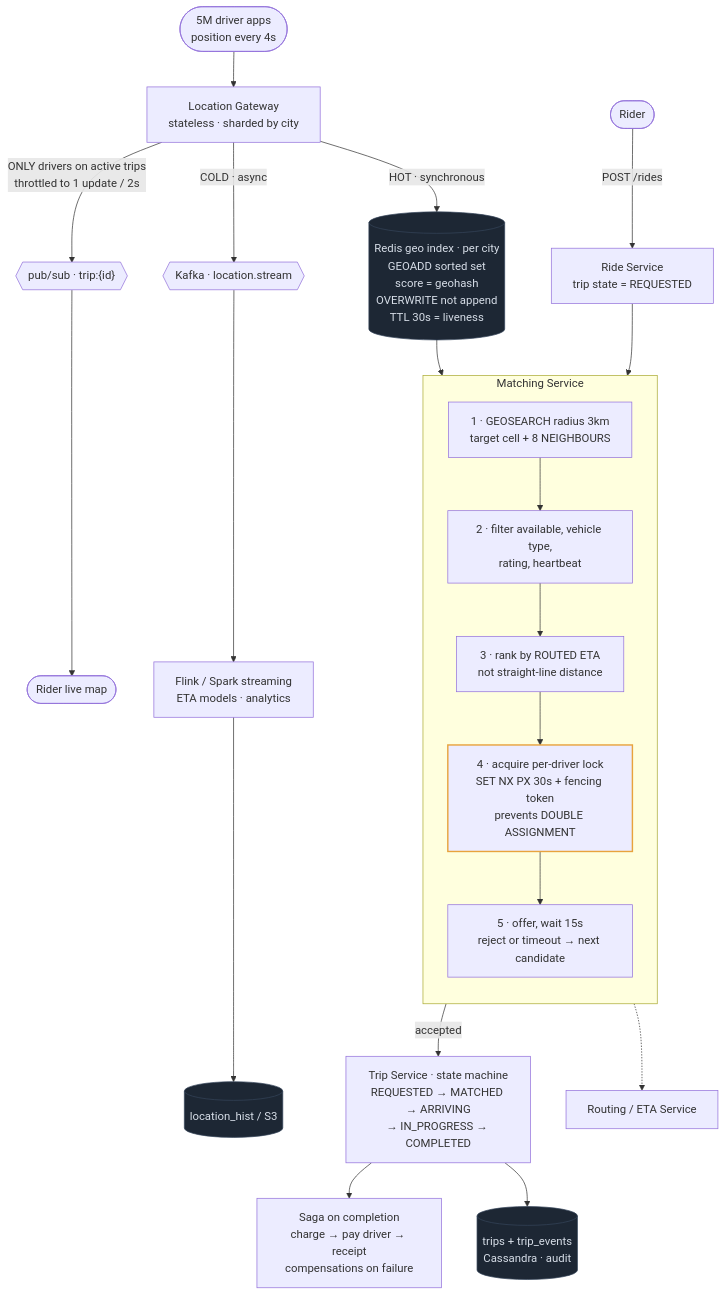
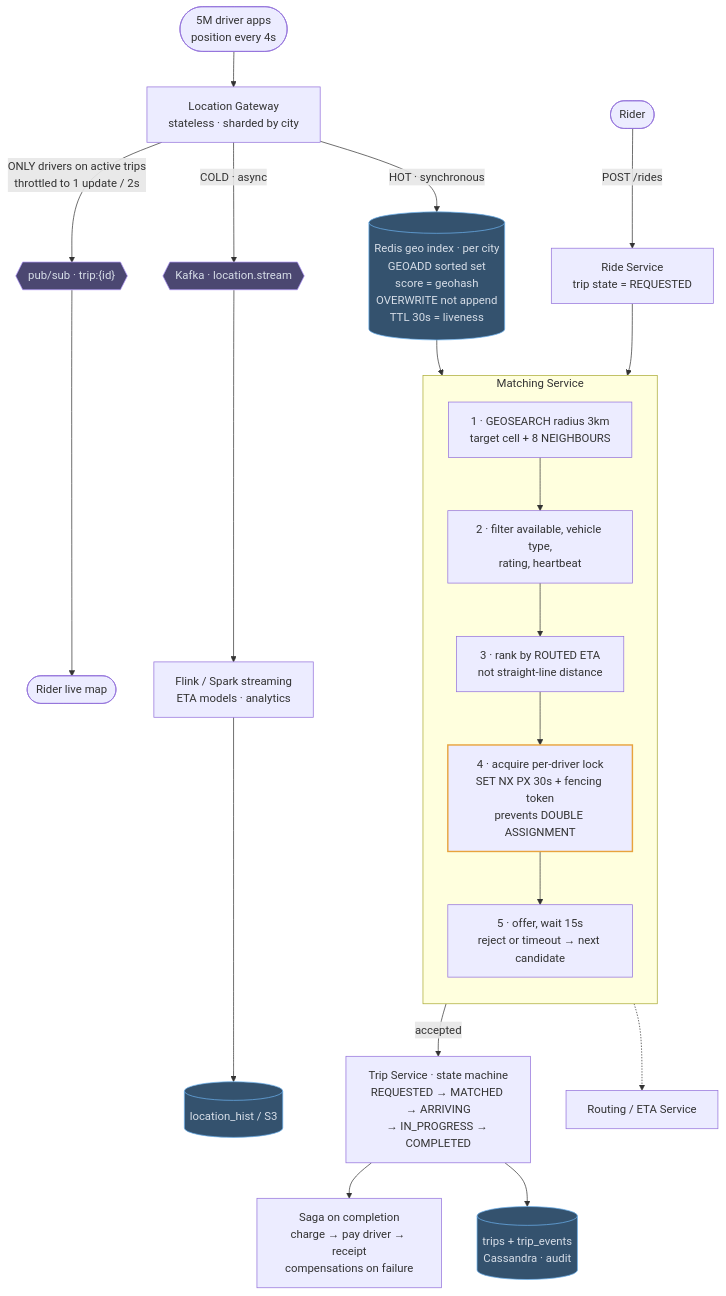
One commit to mertkahyaoglu/atlas changed the diagram in content/designs/07-uber-delivery-tracking.md. Above: the diagram before and after it, drawn with Mermaid. The commit also changed 16 other files, not shown here.

````diff
--- a/content/designs/07-uber-delivery-tracking.md
+++ b/content/designs/07-uber-delivery-tracking.md
@@ -118,48 +118,50 @@
 ```mermaid
 flowchart TB
     Drivers([5M driver apps<br/>position every 4s]) --> LocGW[Location Gateway<br/>stateless · sharded by city]
 
     LocGW -- "HOT · synchronous" --> Geo
     LocGW -- "COLD · async" --> Stream
 
     Geo[("Redis geo index · per city<br/>GEOADD sorted set<br/>score = geohash<br/>OVERWRITE not append<br/>TTL 30s = liveness")]
 
     Stream{{"Kafka · location.stream"}} --> Flink["Flink / Spark streaming<br/>ETA models · analytics"]
     Flink --> Hist[("location_hist / S3")]
 
     Rider([Rider]) -- "POST /rides" --> RideSvc[Ride Service<br/>trip state = REQUESTED]
     subgraph M ["Matching Service"]
         direction TB
         Match["1 · GEOSEARCH radius 3km<br/>target cell + 8 NEIGHBOURS"]
         FilterD["2 · filter available, vehicle type,<br/>rating, heartbeat"]
         Rank["3 · rank by ROUTED ETA<br/>not straight-line distance"]
         Lock["4 · acquire per-driver lock<br/>SET NX PX 30s + fencing token<br/>prevents DOUBLE ASSIGNMENT"]
         Offer["5 · offer, wait 15s<br/>reject or timeout → next candidate"]
         Match --> FilterD --> Rank --> Lock --> Offer
     end
 
     RideSvc --> Match
 
     Geo --> Match
     Rank -.-> Routing[Routing / ETA Service]
 
     Offer -- "accepted" --> Trip
     Trip["Trip Service · state machine<br/>REQUESTED → MATCHED → ARRIVING<br/>→ IN_PROGRESS → COMPLETED"]
     Trip --> TripStore[("trips + trip_events<br/>Cassandra · audit")]
     Trip --> Saga["Saga on completion<br/>charge → pay driver → receipt<br/>compensations on failure"]
 
     LocGW -- "ONLY drivers on active trips<br/>throttled to 1 update / 2s" --> TripChan{{"pub/sub · trip:{id}"}}
     TripChan --> RiderWS([Rider live map])
 
-    classDef store fill:#1d2734,stroke:#35455a,color:#d7dee8
+    classDef store fill:#34526e,stroke:#6cb2ee,color:#d7dee8
+    classDef queue fill:#4b4771,stroke:#ad94f7,color:#d7dee8
     classDef hot stroke:#e8a33d,stroke-width:2px
     class Geo,Hist,TripStore store
     class Lock hot
+    class Stream,TripChan queue
 
     click Geo href "/docs/04-caching" "Role: live driver positions for nearby-driver search, overwritten on every ping.<br/>Trade-off: in memory and lossy, so history has to live somewhere else."
     click Stream href "/docs/05-async-messaging-and-event-driven" "Role: the cold path that carries every location ping for analytics.<br/>Trade-off: huge volume and storage cost for data the matching path never needs."
     click Flink href "/docs/09-specialized-building-blocks" "Role: turns raw pings into ETA models and analytics.<br/>Trade-off: results lag real time, so it never sits on the matching path."
     click Hist href "/docs/09-specialized-building-blocks" "Role: cheap long-term location history, partitioned for analytics.<br/>Trade-off: slow to query and useless for live features."
     click TripStore href "/docs/02-data-storage" "Role: durable trip records plus every state change, for audit.<br/>Trade-off: write-optimized, so ad-hoc reporting needs another system."
     click TripChan href "/docs/05-async-messaging-and-event-driven" "Role: streams the driver's position to the rider during a trip.<br/>Trade-off: dropped updates are acceptable because the next ping replaces them."
 ```
````
